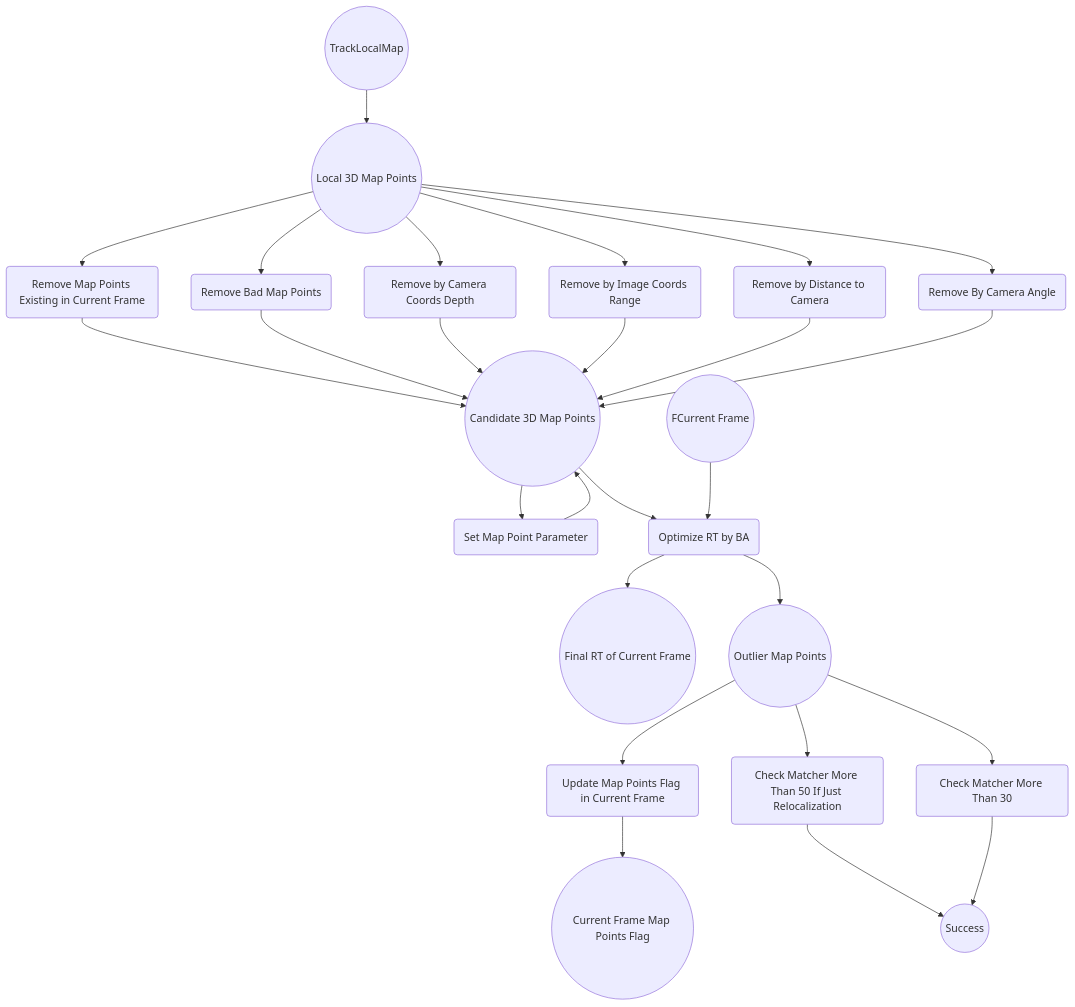
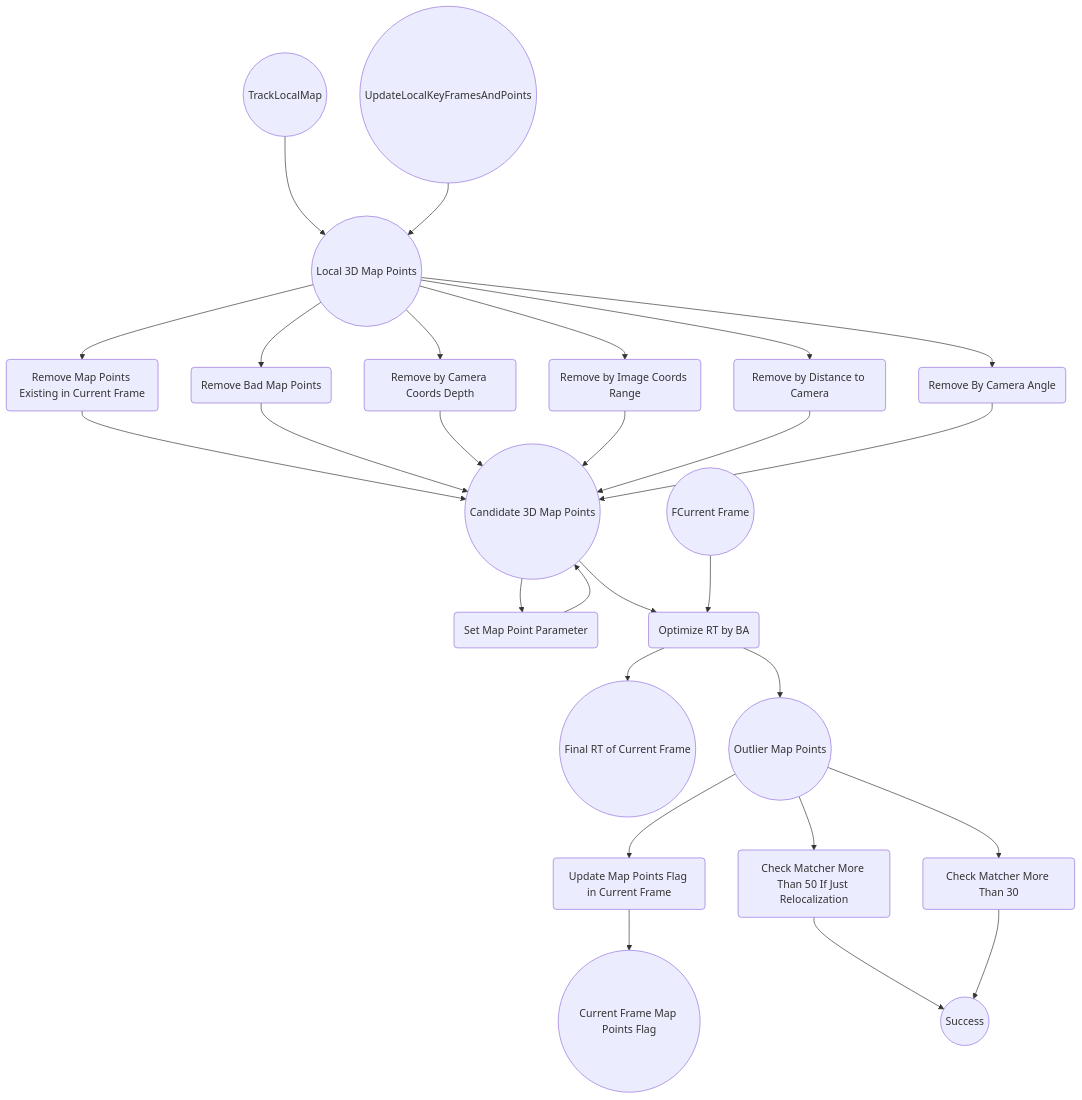
One commit to huang-yuefeng/3DComputerVision changed the tenth of 10 diagrams in Track.md. Above: the diagram before and after it, drawn with Mermaid. The commit also changed other lines of this file, not shown here.

````diff
--- a/Track.md
+++ b/Track.md
@@ -245,28 +245,29 @@
 ```mermaid 
 		graph TD
 			TrackLocalMap((TrackLocalMap)) --> LocalMapPoints
+			UpdateLocalKeyFrames((UpdateLocalKeyFramesAndPoints)) --> LocalMapPoints
 			LocalMapPoints((Local 3D Map Points)) --> RemoveExistingMP(Remove Map Points Existing in Current Frame)
 			LocalMapPoints --> RemoveBadMP(Remove Bad Map Points)
 			RemoveExistingMP --> CandidateMP((Candidate 3D Map Points))		
 			RemoveBadMP --> CandidateMP	
 			LocalMapPoints --> RemoveByDepth(Remove by Camera Coords Depth)
 			RemoveByDepth --> CandidateMP
 			LocalMapPoints --> RemoveByImageRange(Remove by Image Coords Range)
 			RemoveByImageRange --> CandidateMP
 			LocalMapPoints --> RemoveByDistanceToCamera(Remove by Distance to Camera)
 			RemoveByDistanceToCamera --> CandidateMP
 			LocalMapPoints --> RemoveByCameraAngle(Remove By Camera Angle)
 			RemoveByCameraAngle --> CandidateMP
 			CandidateMP --> SetParameter(Set Map Point Parameter)
 			SetParameter --> CandidateMP
 			CandidateMP --> PoseOptimization(Optimize RT by BA)
 			CurrentFrame((FCurrent Frame)) --> PoseOptimization
 			PoseOptimization --> FinalRT((Final RT of Current Frame))
 			PoseOptimization --> Outlier((Outlier Map Points))
 			Outlier --> SetMPFlag(Update Map Points Flag in Current Frame)
 			SetMPFlag --> MPFlag((Current Frame Map Points Flag))
 			Outlier --> CheckMatcher1(Check Matcher More Than 50 If Just Relocalization)
 			Outlier --> CheckMatcher2(Check Matcher More Than 30)
 			CheckMatcher1 --> Success((Success))
 			CheckMatcher2 --> Success
 ```
````
